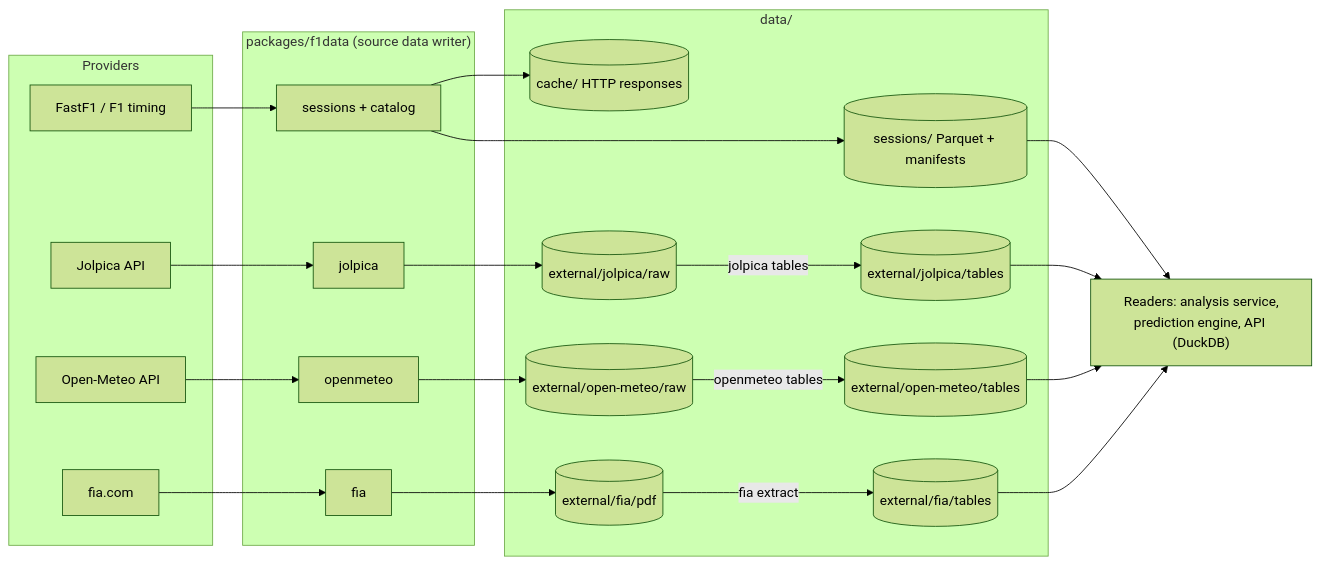
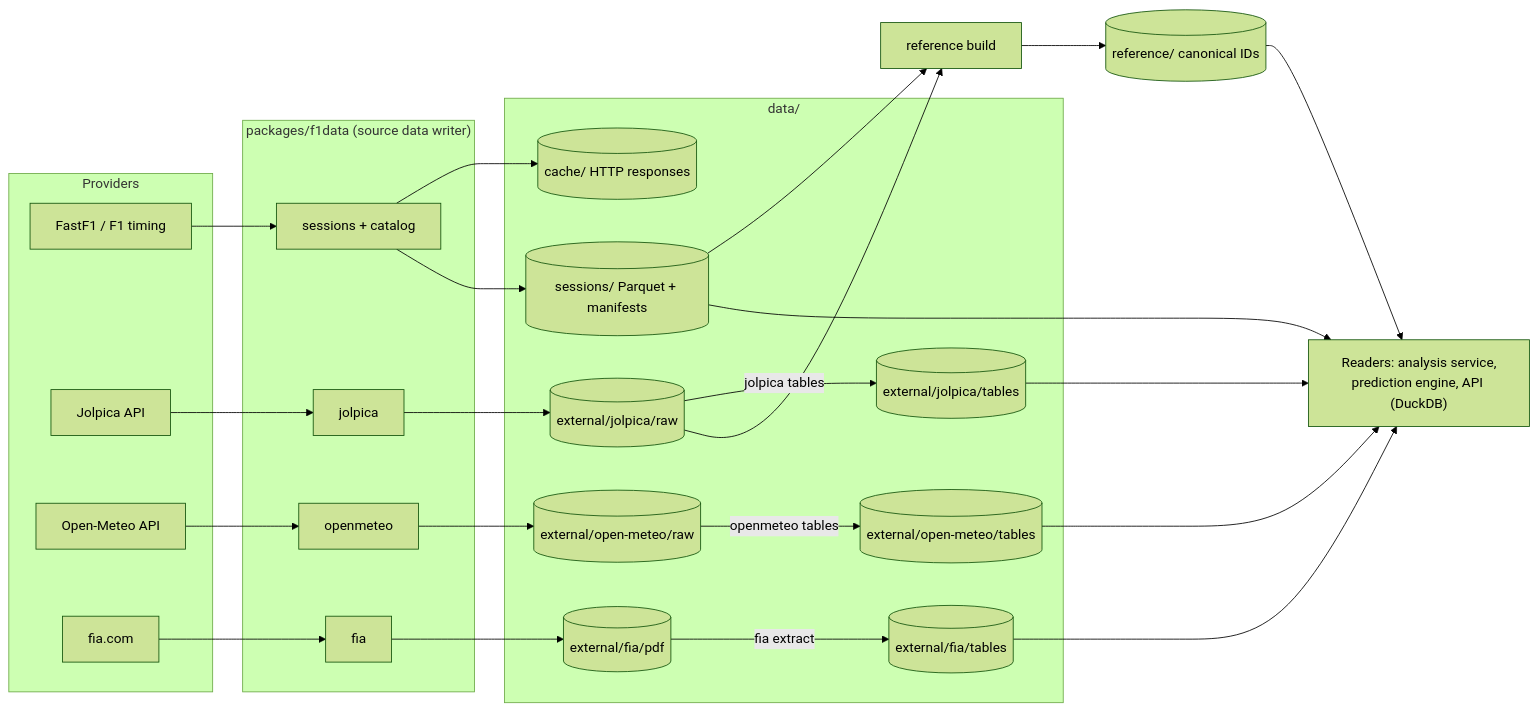
Before and after one commit to adityapandeydev/F1Stratagem: the first of 4 diagrams in design/data-archive.md, drawn with Mermaid (forest theme). The commit also changed other lines of this file and 2 other files, not shown here.

First line of the commit message:
docs: reference tables and the prediction engine's evaluation foundation

````diff
--- a/design/data-archive.md
+++ b/design/data-archive.md
@@ -34,36 +34,37 @@
 ```mermaid
 flowchart LR
     subgraph providers["Providers"]
         ff1["FastF1 / F1 timing"]
         jol["Jolpica API"]
         om["Open-Meteo API"]
         fiaweb["fia.com"]
     end
 
     subgraph writer["packages/f1data (source data writer)"]
         sessions["sessions + catalog"]
         jolpica["jolpica"]
         openmeteo["openmeteo"]
         fia["fia"]
     end
 
     subgraph archive["data/"]
         cache[("cache/ HTTP responses")]
         sess[("sessions/ Parquet + manifests")]
         jraw[("external/jolpica/raw")]
         jtab[("external/jolpica/tables")]
         oraw[("external/open-meteo/raw")]
         otab[("external/open-meteo/tables")]
         pdf[("external/fia/pdf")]
         ftab[("external/fia/tables")]
     end
 
     readers["Readers: analysis service,<br/>prediction engine, API (DuckDB)"]
 
     ff1 --> sessions --> cache
     sessions --> sess
     jol --> jolpica --> jraw -->|"jolpica tables"| jtab
     om --> openmeteo --> oraw -->|"openmeteo tables"| otab
     fiaweb --> fia --> pdf -->|"fia extract"| ftab
-    sess & jtab & otab & ftab --> readers
+    sess & jraw --> refb["reference build"] --> ref[("reference/ canonical IDs")]
+    sess & jtab & otab & ftab & ref --> readers
 ```
````
